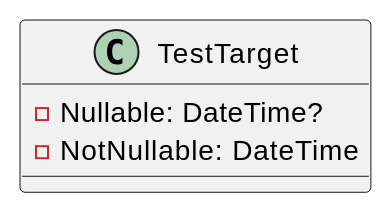
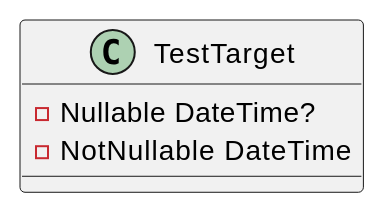
Before and after one commit to mwwhited-forks/dotnet-libs: the first of 2 diagrams in docs/generated/Framework/Eliassen.System.Tests/Linq/Expressions/TestTargets/Documentation.md, drawn with PlantUML. The commit also changed other lines of this file and 444 other files, not shown here.

````diff
--- a/docs/generated/Framework/Eliassen.System.Tests/Linq/Expressions/TestTargets/Documentation.md
+++ b/docs/generated/Framework/Eliassen.System.Tests/Linq/Expressions/TestTargets/Documentation.md
@@ -18,8 +9,8 @@
 ```plantuml
 @startuml
 class TestTarget {
-  - Nullable: DateTime?
-  - NotNullable: DateTime
+  -Nullable DateTime?
+  -NotNullable DateTime
 }
 @enduml
 ```
````
